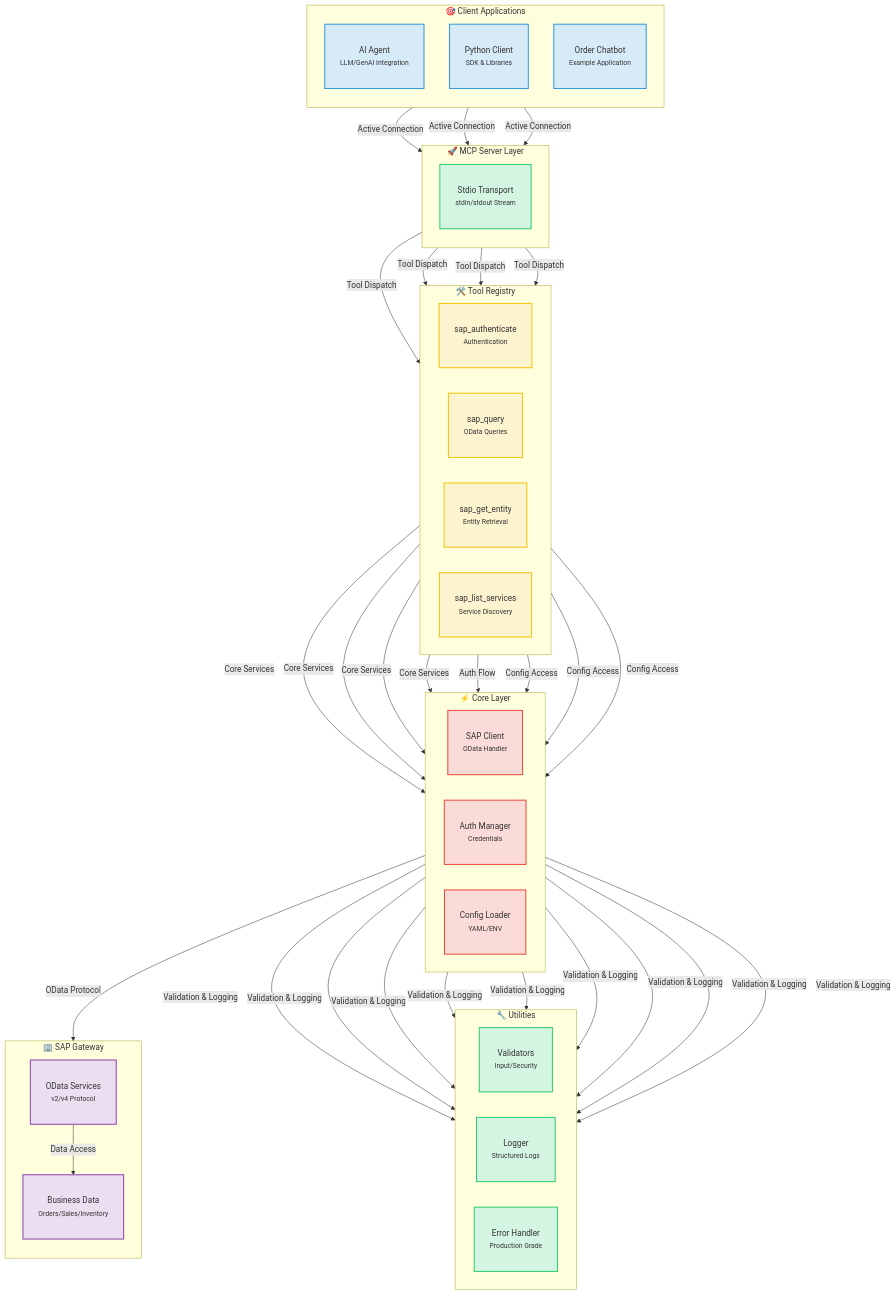
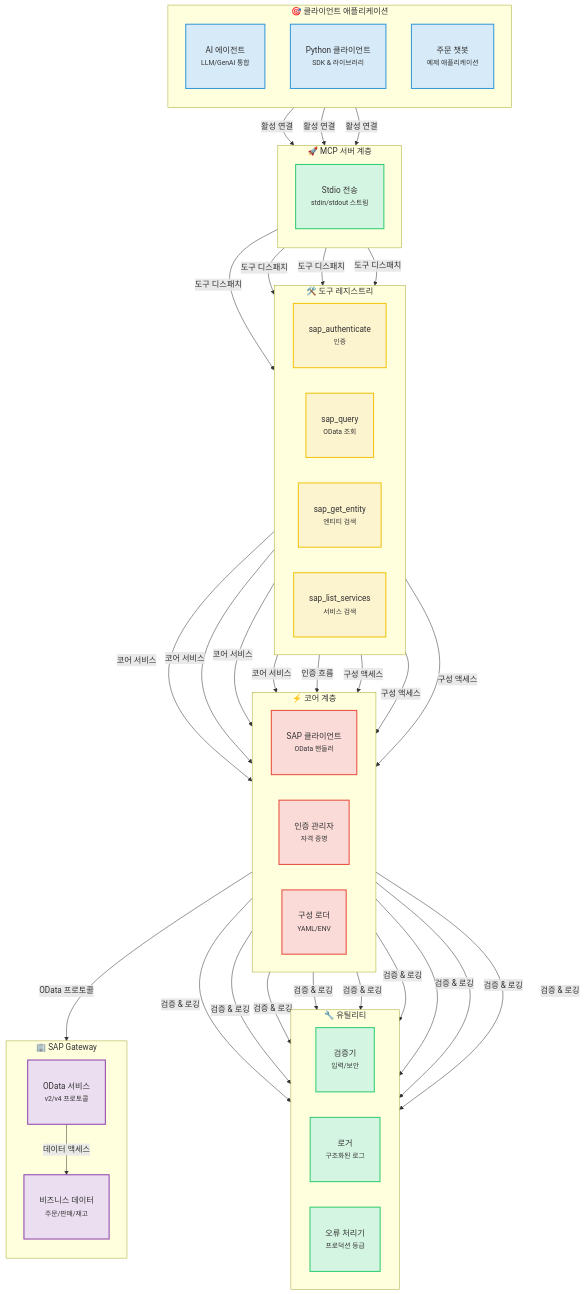
One commit to midasol/sap-mcp-server changed the first of 5 diagrams in README.ko.md. Above: the diagram before and after it, drawn with Mermaid. The commit also changed other lines of this file and 7 other files, not shown here.

````diff
--- a/README.ko.md
+++ b/README.ko.md
@@ -41,66 +120,66 @@
 ```mermaid
 graph TB
-    subgraph clients["🎯 Client Applications"]
+    subgraph clients["🎯 클라이언트 애플리케이션"]
         direction TB
-        A1["AI Agent<br/><small>LLM/GenAI Integration</small>"]
-        A2["Python Client<br/><small>SDK & Libraries</small>"]
-        A3["Order Chatbot<br/><small>Example Application</small>"]
+        A1["AI 에이전트<br/><small>LLM/GenAI 통합</small>"]
+        A2["Python 클라이언트<br/><small>SDK & 라이브러리</small>"]
+        A3["주문 챗봇<br/><small>예제 애플리케이션</small>"]
     end
 
-    subgraph transport["🚀 MCP Server Layer"]
+    subgraph transport["🚀 MCP 서버 계층"]
         direction TB
-        B1["Stdio Transport<br/><small>stdin/stdout Stream</small>"]
+        B1["Stdio 전송<br/><small>stdin/stdout 스트림</small>"]
     end
 
-    subgraph registry["🛠️ Tool Registry"]
+    subgraph registry["🛠️ 도구 레지스트리"]
         direction LR
-        C1["sap_authenticate<br/><small>Authentication</small>"]
-        C2["sap_query<br/><small>OData Queries</small>"]
-        C3["sap_get_entity<br/><small>Entity Retrieval</small>"]
-        C4["sap_list_services<br/><small>Service Discovery</small>"]
+        C1["sap_authenticate<br/><small>인증</small>"]
+        C2["sap_query<br/><small>OData 조회</small>"]
+        C3["sap_get_entity<br/><small>엔티티 검색</small>"]
+        C4["sap_list_services<br/><small>서비스 검색</small>"]
     end
 
-    subgraph core["⚡ Core Layer"]
+    subgraph core["⚡ 코어 계층"]
         direction LR
-        D1["SAP Client<br/><small>OData Handler</small>"]
-        D2["Auth Manager<br/><small>Credentials</small>"]
-        D3["Config Loader<br/><small>YAML/ENV</small>"]
+        D1["SAP 클라이언트<br/><small>OData 핸들러</small>"]
+        D2["인증 관리자<br/><small>자격 증명</small>"]
+        D3["구성 로더<br/><small>YAML/ENV</small>"]
     end
 
-    subgraph utils["🔧 Utilities"]
+    subgraph utils["🔧 유틸리티"]
         direction LR
-        E1["Validators<br/><small>Input/Security</small>"]
-        E2["Logger<br/><small>Structured Logs</small>"]
-        E3["Error Handler<br/><small>Production Grade</small>"]
+        E1["검증기<br/><small>입력/보안</small>"]
+        E2["로거<br/><small>구조화된 로그</small>"]
+        E3["오류 처리기<br/><small>프로덕션 등급</small>"]
     end
 
     subgraph sap["🏢 SAP Gateway"]
         direction TB
-        F1["OData Services<br/><small>v2/v4 Protocol</small>"]
-        F2["Business Data<br/><small>Orders/Sales/Inventory</small>"]
+        F1["OData 서비스<br/><small>v2/v4 프로토콜</small>"]
+        F2["비즈니스 데이터<br/><small>주문/판매/재고</small>"]
     end
 
-    A1 & A2 & A3 -->|Active Connection| B1
-    B1 -->|Tool Dispatch| C1 & C2 & C3 & C4
-    C1 & C2 & C3 & C4 -->|Core Services| D1
-    C1 -->|Auth Flow| D2
-    C2 & C3 & C4 -->|Config Access| D3
-    D1 & D2 & D3 -->|Validation & Logging| E1 & E2 & E3
-    D1 -->|OData Protocol| F1
-    F1 -->|Data Access| F2
+    A1 & A2 & A3 -->|활성 연결| B1
+    B1 -->|도구 디스패치| C1 & C2 & C3 & C4
+    C1 & C2 & C3 & C4 -->|코어 서비스| D1
+    C1 -->|인증 흐름| D2
+    C2 & C3 & C4 -->|구성 액세스| D3
+    D1 & D2 & D3 -->|검증 & 로깅| E1 & E2 & E3
+    D1 -->|OData 프로토콜| F1
+    F1 -->|데이터 액세스| F2
 
     classDef clientNode fill:#D6EAF8,stroke:#3498DB,stroke-width:2px,padding:20px
     classDef transportNode fill:#D5F5E3,stroke:#2ECC71,stroke-width:2px,padding:20px
     classDef futureNode fill:#E8E8E8,stroke:#999999,stroke-width:2px,stroke-dasharray:5 5
     classDef toolNode fill:#FCF3CF,stroke:#F1C40F,stroke-width:2px,padding:20px
     classDef coreNode fill:#FADBD8,stroke:#E74C3C,stroke-width:2px,padding:20px
     classDef utilNode fill:#D5F5E3,stroke:#2ECC71,stroke-width:2px,padding:20px
     classDef sapNode fill:#EBDEF0,stroke:#8E44AD,stroke-width:2px,padding:20px
 
     class A1,A2,A3 clientNode
     class B1 transportNode
     class C1,C2,C3,C4 toolNode
     class D1,D2,D3 coreNode
     class E1,E2,E3 utilNode
     class F1,F2 sapNode
 ```
````
